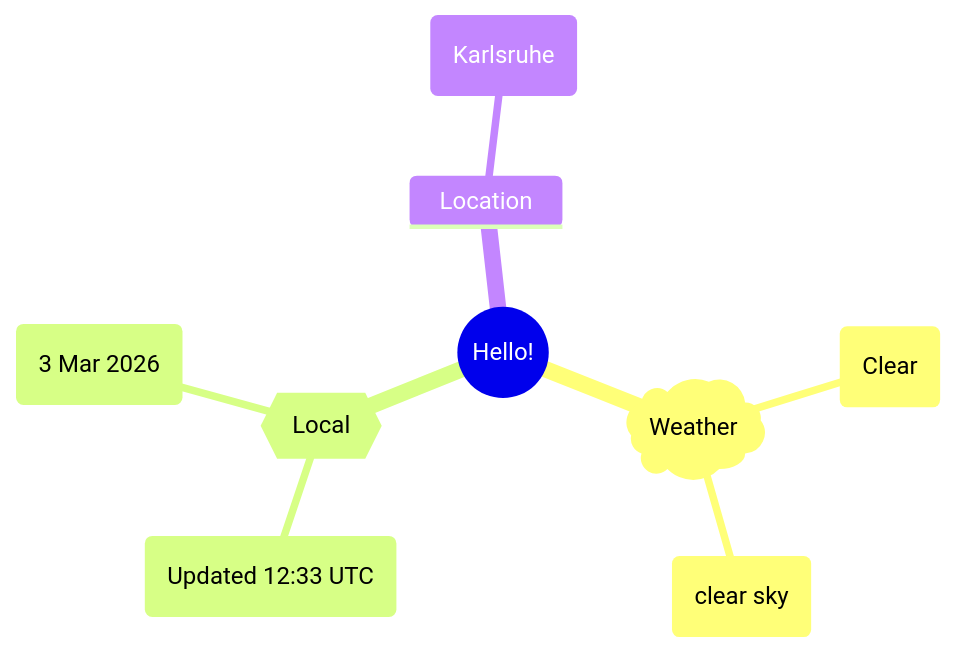
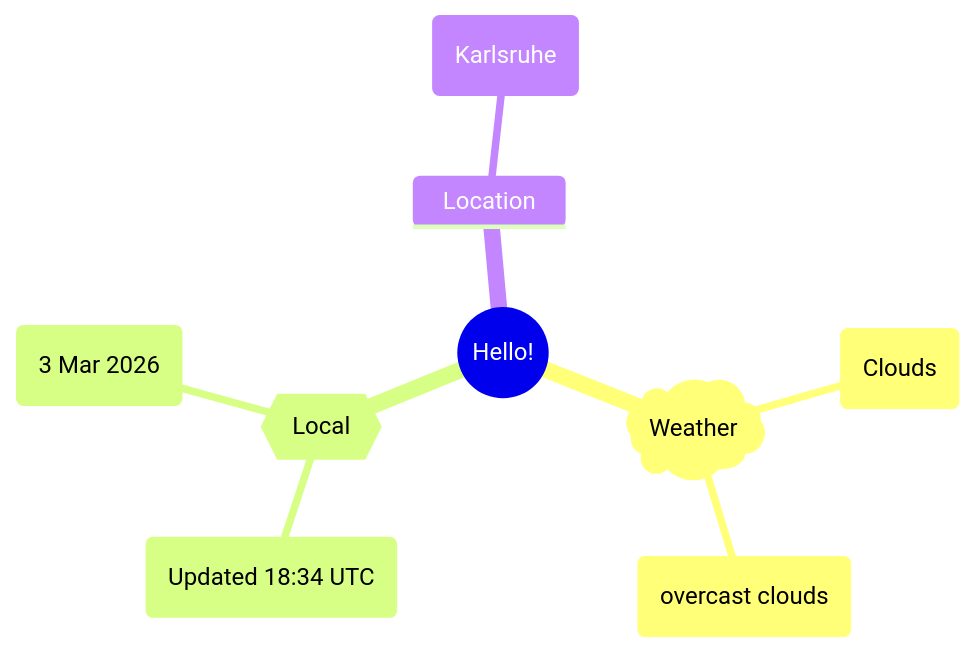
Before and after one commit to Xosrov/Xosrov: the first of 2 diagrams in README.md, drawn with Mermaid.

Commit message:
[bot] updated images

````diff
--- a/README.md
+++ b/README.md
@@ -3,12 +3,12 @@
 ```mermaid
 mindmap
   root((Hello!))
     )Weather(
-        (Clear)
-        (clear sky)
+        (Clouds)
+        (overcast clouds)
     {{Local}}
-        (Updated 12:33 UTC)
+        (Updated 18:34 UTC)
         (3 Mar 2026)
     Location
         (Karlsruhe)
 ```
````
